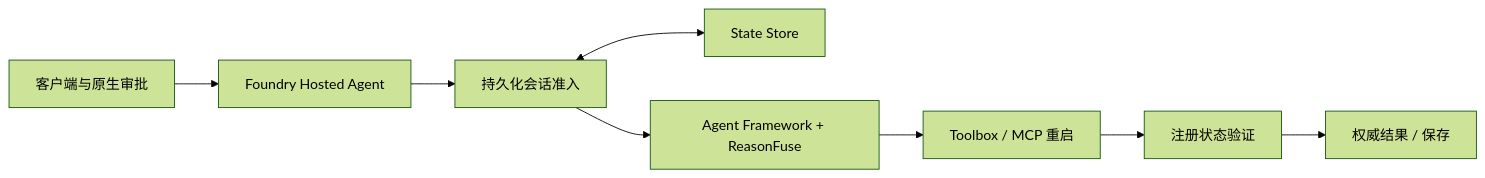
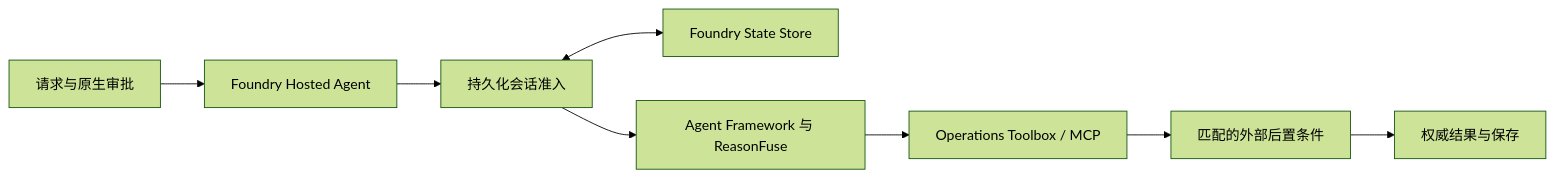
The diagram in SUBMISSION-READY.md (miku-wwl/reason-fuse), drawn with Mermaid (forest theme) before and after one commit. The commit also changed other lines of this file and 49 other files, not shown here.

````diff
--- a/SUBMISSION-READY.md
+++ b/SUBMISSION-READY.md
@@ -13,10 +13,10 @@
 ```mermaid
 flowchart LR
-    C[客户端与原生审批] --> H[Foundry Hosted Agent]
+    C[请求与原生审批] --> H[Foundry Hosted Agent]
     H --> A[持久化会话准入]
-    A <--> S[State Store]
-    A --> R[Agent Framework + ReasonFuse]
-    R --> T[Toolbox / MCP 重启]
-    T --> V[注册状态验证]
-    V --> O[权威结果 / 保存]
+    A <--> S[Foundry State Store]
+    A --> R[Agent Framework 与 ReasonFuse]
+    R --> T[Operations Toolbox / MCP]
+    T --> V[匹配的外部后置条件]
+    V --> O[权威结果与保存]
 ```
````
